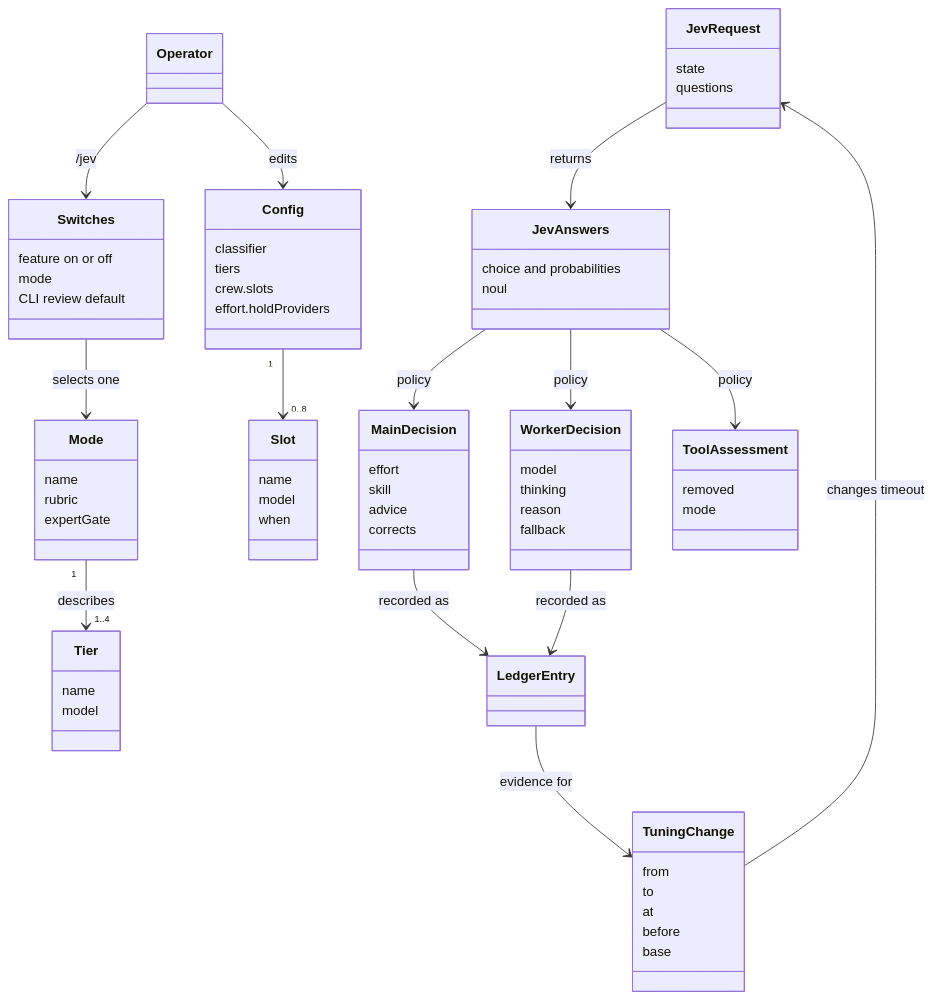
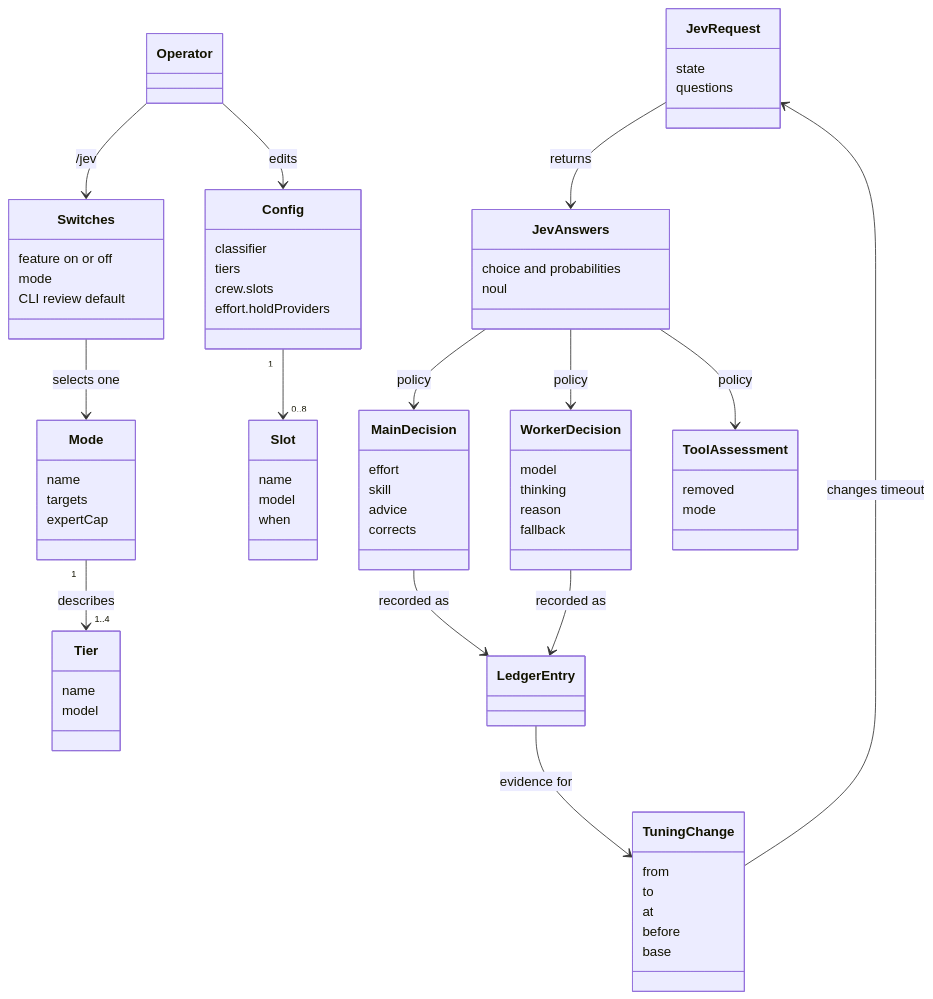
One commit to ttdua/pi-jev-pilot changed the first of 3 diagrams in docs/domain-model.md. Above: the diagram before and after it, drawn with Mermaid. The commit also changed other lines of this file and 10 other files, not shown here.

````diff
--- a/docs/domain-model.md
+++ b/docs/domain-model.md
@@ -5,75 +5,75 @@
 ```mermaid
 classDiagram
     class Operator
     class Config {
       classifier
       tiers
       crew.slots
       effort.holdProviders
     }
     class Switches {
       feature on or off
       mode
       CLI review default
     }
     class Mode {
       name
-      rubric
-      expertGate
+      targets
+      expertCap
     }
     class Tier {
       name
       model
     }
     class Slot {
       name
       model
       when
     }
     class JevRequest {
       state
       questions
     }
     class JevAnswers {
       choice and probabilities
       noul
     }
     class MainDecision {
       effort
       skill
       advice
       corrects
     }
     class WorkerDecision {
       model
       thinking
       reason
       fallback
     }
     class ToolAssessment {
       removed
       mode
     }
     class LedgerEntry
     class TuningChange {
       from
       to
       at
       before
       base
     }
 
     Operator --> Config : edits
     Operator --> Switches : /jev
     Switches --> Mode : selects one
     Mode "1" --> "1..4" Tier : describes
     Config "1" --> "0..8" Slot
     JevRequest --> JevAnswers : returns
     JevAnswers --> MainDecision : policy
     JevAnswers --> WorkerDecision : policy
     JevAnswers --> ToolAssessment : policy
     MainDecision --> LedgerEntry : recorded as
     WorkerDecision --> LedgerEntry : recorded as
     LedgerEntry --> TuningChange : evidence for
     TuningChange --> JevRequest : changes timeout
 ```
````
